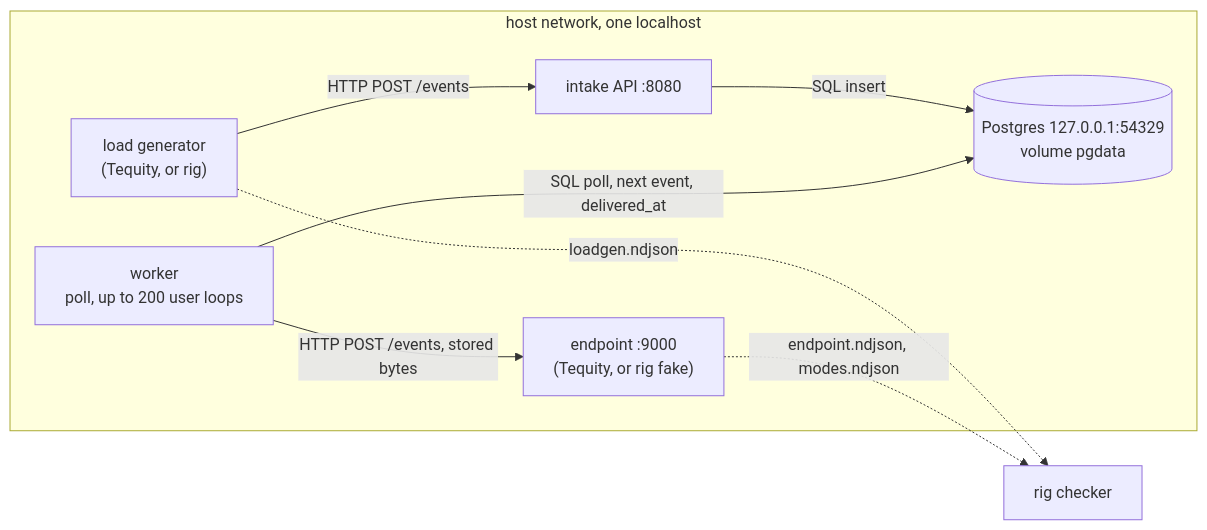
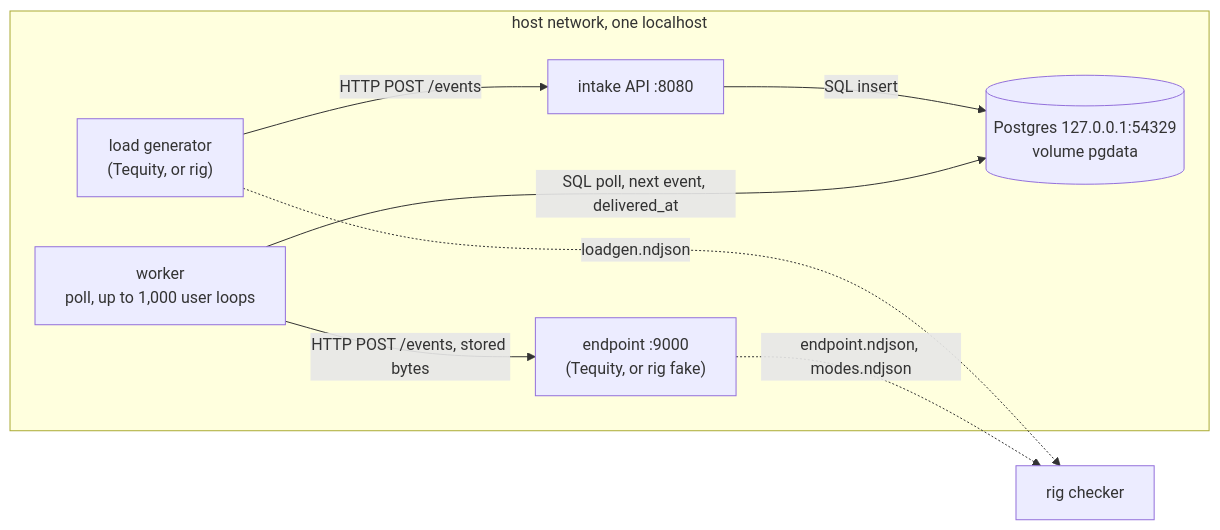
Before and after one commit to abhishekakle473-ctrl/tequity-outbox-relay: the first of 2 diagrams in docs/architecture.md, drawn with Mermaid. The commit also changed 3 other files, not shown here.

````diff
--- a/docs/architecture.md
+++ b/docs/architecture.md
@@ -9,11 +9,11 @@
 ```mermaid
 flowchart LR
   subgraph host["host network, one localhost"]
     LG["load generator<br/>(Tequity, or rig)"] -->|"HTTP POST /events"| API["intake API :8080"]
     API -->|"SQL insert"| PG[("Postgres 127.0.0.1:54329<br/>volume pgdata")]
-    W["worker<br/>poll, up to 200 user loops"] -->|"SQL poll, next event, delivered_at"| PG
+    W["worker<br/>poll, up to 1,000 user loops"] -->|"SQL poll, next event, delivered_at"| PG
     W -->|"HTTP POST /events, stored bytes"| EP["endpoint :9000<br/>(Tequity, or rig fake)"]
   end
   LG -.->|"loadgen.ndjson"| CK["rig checker"]
   EP -.->|"endpoint.ndjson, modes.ndjson"| CK
 ```
````
